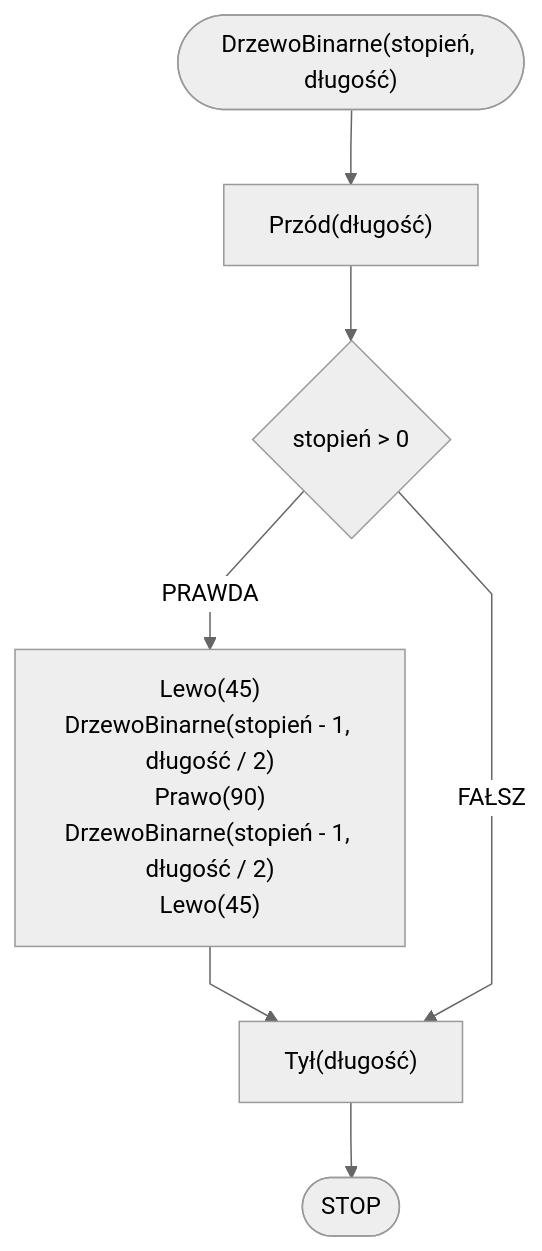
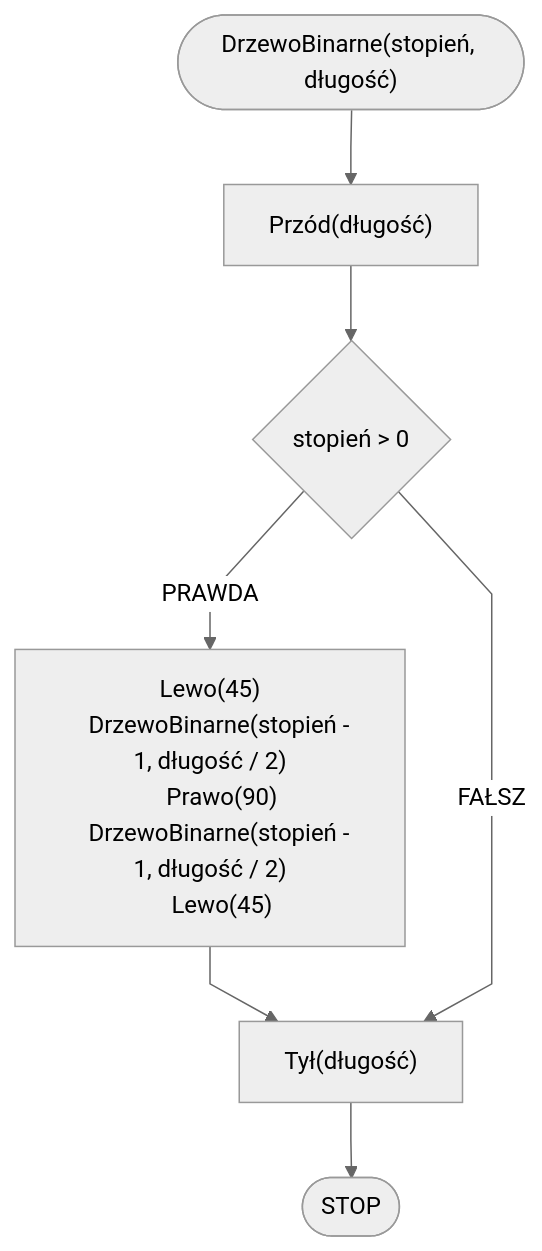
One commit to blackbat13/edu-cs-htiew-pl changed the diagram in docs/algorithms/fractals/binary-tree.md. Above: the diagram before and after it, drawn with Mermaid. The commit also changed 32 other files, not shown here.

````diff
--- a/docs/algorithms/fractals/binary-tree.md
+++ b/docs/algorithms/fractals/binary-tree.md
@@ -42,10 +42,14 @@
 ```mermaid
 %%{init: {"flowchart": {"curve": "linear"}, "theme": "neutral"} }%%
 flowchart TD
 	START(["DrzewoBinarne(stopień, długość)"]) --> K1["Przód(długość)"]
 	K1 --> K2{stopień > 0}
-	K2 -- PRAWDA --> K3["Lewo(45)\nDrzewoBinarne(stopień - 1, długość / 2)\nPrawo(90)\nDrzewoBinarne(stopień - 1, długość / 2)\nLewo(45)"]
+	K2 -- PRAWDA --> K3["Lewo(45)
+    DrzewoBinarne(stopień - 1, długość / 2)
+    Prawo(90)
+    DrzewoBinarne(stopień - 1, długość / 2)
+    Lewo(45)"]
 	K3 --> K8["Tył(długość)"]
 	K2 -- FAŁSZ --> K8
 	K8 --> STOP([STOP])
 ```
````
